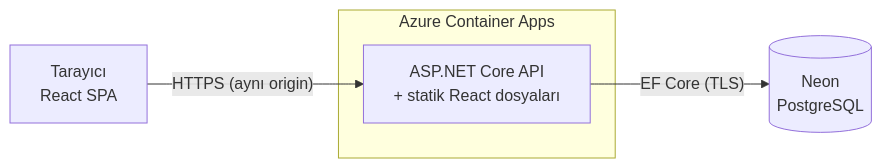
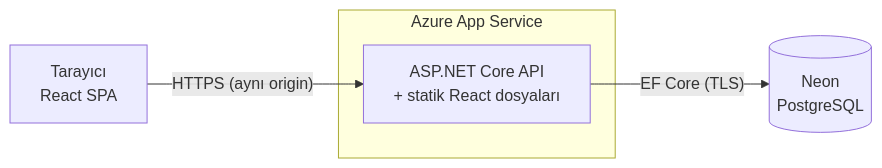
One commit to ismethakanaydogmus/task-management-application changed the first of 2 diagrams in README.md. Above: the diagram before and after it, drawn with Mermaid. The commit also changed other lines of this file and 1 other file, not shown here.

Commit message:
README: yeni repo adı ve Azure App Service (Free F1) dağıtımı

````diff
--- a/README.md
+++ b/README.md
@@ -37,10 +37,10 @@
 ```mermaid
 flowchart LR
     B[Tarayıcı<br/>React SPA] -- "HTTPS (aynı origin)" --> A
 
-    subgraph AZ[Azure Container Apps]
+    subgraph AZ[Azure App Service]
         A[ASP.NET Core API<br/>+ statik React dosyaları]
     end
 
     A -- "EF Core (TLS)" --> D[(Neon<br/>PostgreSQL)]
 ```
````
